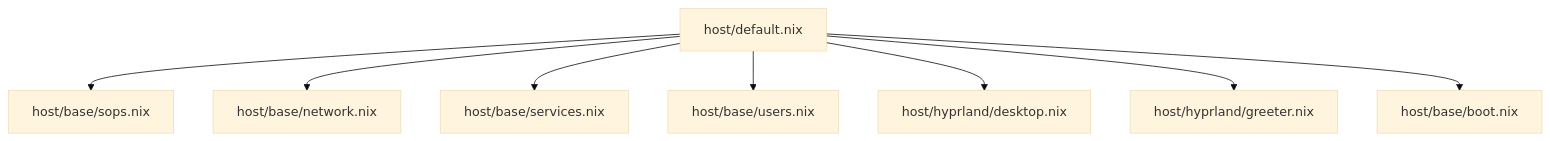
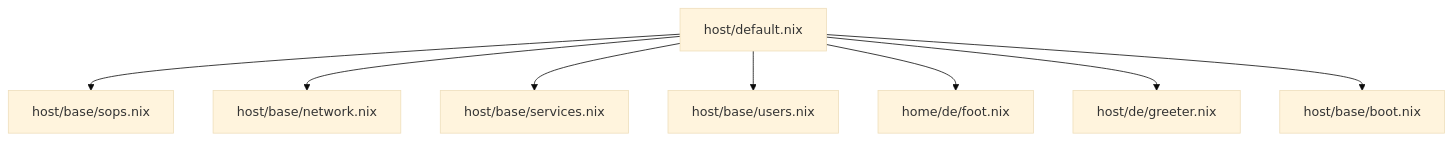
Before and after one commit to Shangshui0302/myNixOSConfig: the first of 2 diagrams in wiki/security/index.md, drawn with Mermaid (base theme). The commit also changed other lines of this file and 77 other files, not shown here.

````diff
--- a/wiki/security/index.md
+++ b/wiki/security/index.md
@@ -42,10 +42,10 @@
 ```mermaid
 graph TB
 A["host/default.nix"] --> B["host/base/sops.nix"]
 A --> C["host/base/network.nix"]
 A --> D["host/base/services.nix"]
 A --> E["host/base/users.nix"]
-A --> F["host/hyprland/desktop.nix"]
-A --> G["host/hyprland/greeter.nix"]
+A --> F["home/de/foot.nix"]
+A --> G["host/de/greeter.nix"]
 A --> H["host/base/boot.nix"]
 ```
````
